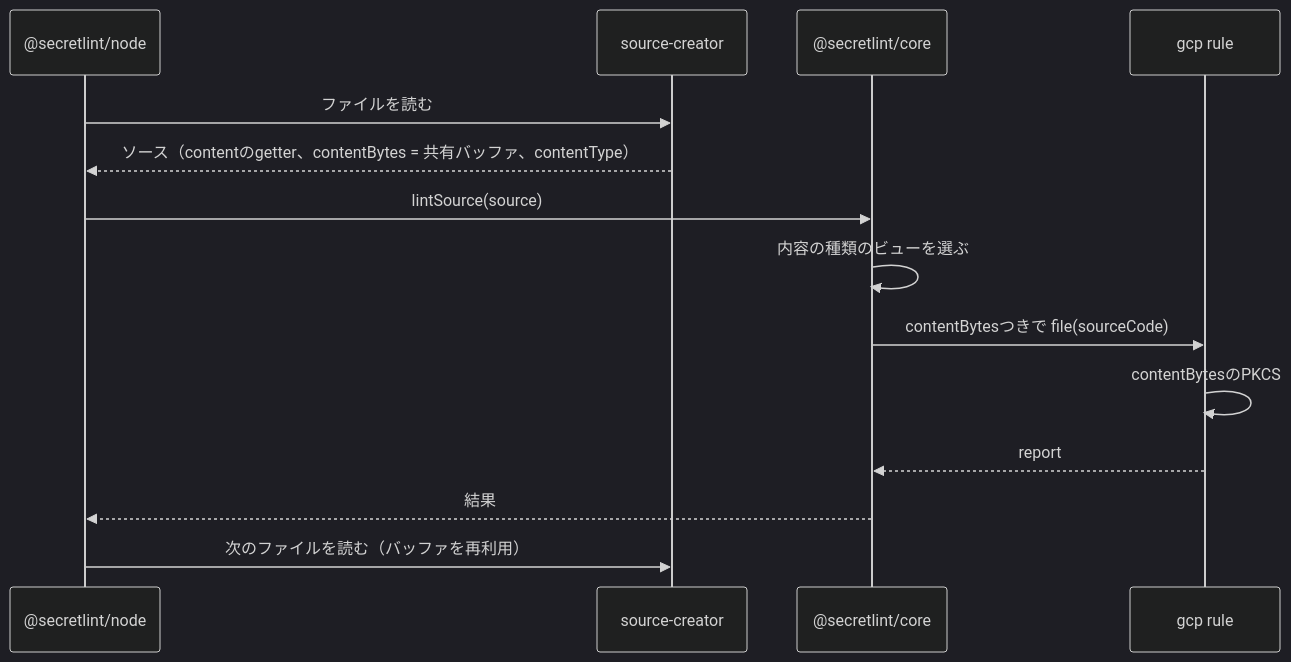
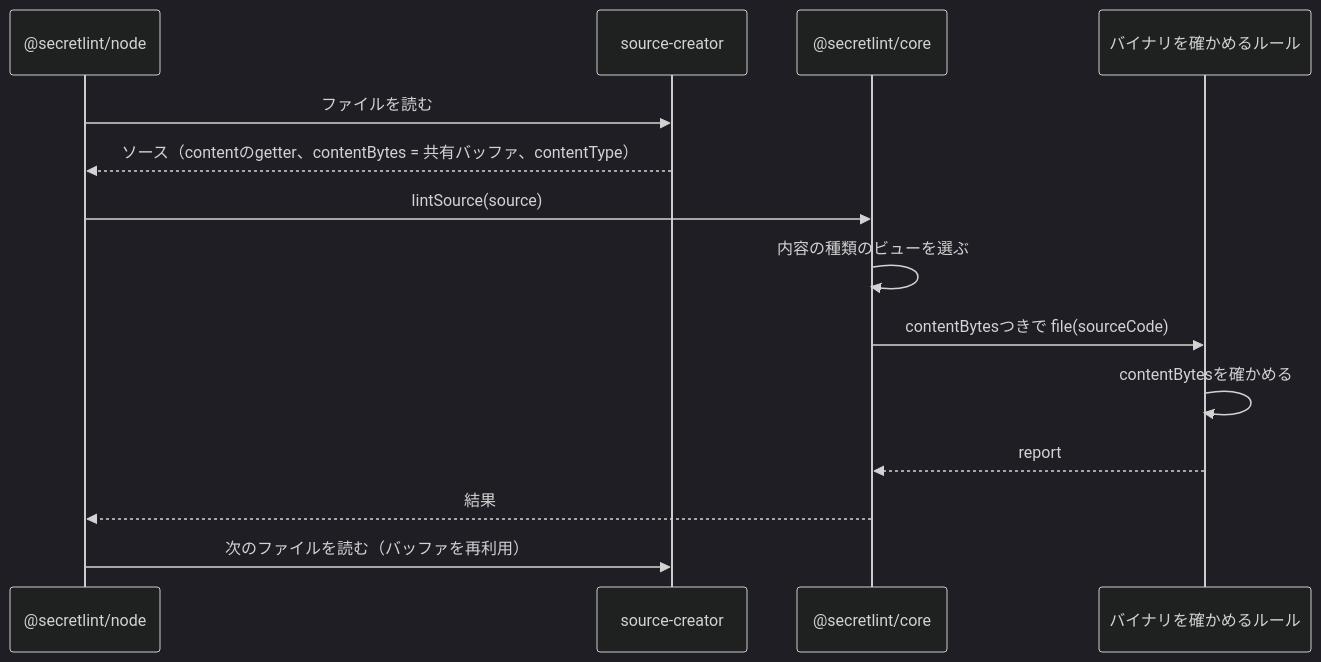
The diagram in docs/products/secretlint/features/secret-scanning/design.ja.md (secretlint/secretlint), drawn with Mermaid (dark theme) before and after one commit. The commit also changed other lines of this file and 1 other file, not shown here.

First line of the commit message:
docs(sdev): describe rules that check binary content in general, not the gcp rule

````diff
--- a/docs/products/secretlint/features/secret-scanning/design.ja.md
+++ b/docs/products/secretlint/features/secret-scanning/design.ja.md
@@ -86,16 +94,16 @@
 ```mermaid
 sequenceDiagram
     participant Engine as @secretlint/node
     participant Reader as source-creator
     participant Core as @secretlint/core
-    participant Rule as gcp rule
+    participant Rule as バイナリを確かめるルール
     Engine->>Reader: ファイルを読む
     Reader-->>Engine: ソース（contentのgetter、contentBytes = 共有バッファ、contentType）
     Engine->>Core: lintSource(source)
     Core->>Core: 内容の種類のビューを選ぶ
     Core->>Rule: contentBytesつきで file(sourceCode)
-    Rule->>Rule: contentBytesのPKCS#12 MACを検証する
+    Rule->>Rule: contentBytesを確かめる
     Rule-->>Core: report
     Core-->>Engine: 結果
     Engine->>Reader: 次のファイルを読む（バッファを再利用）
 ```
````
